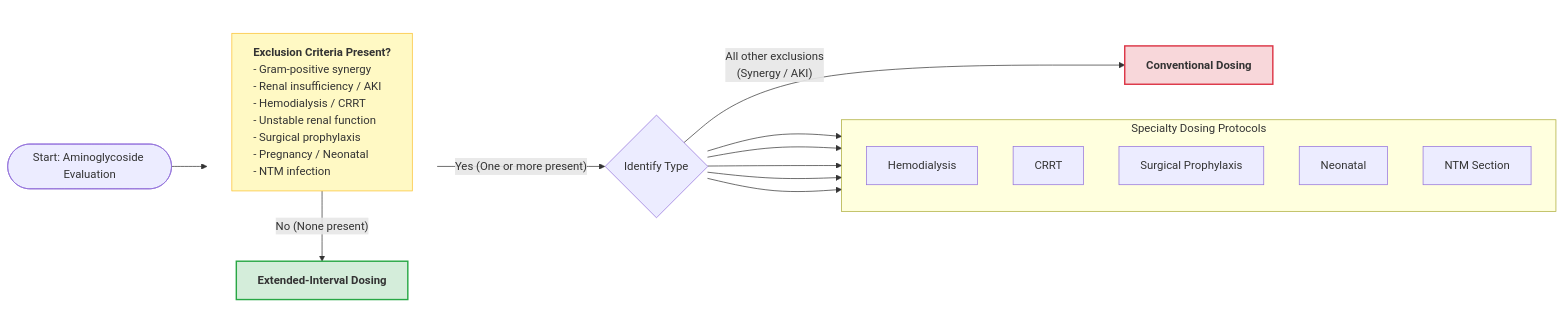
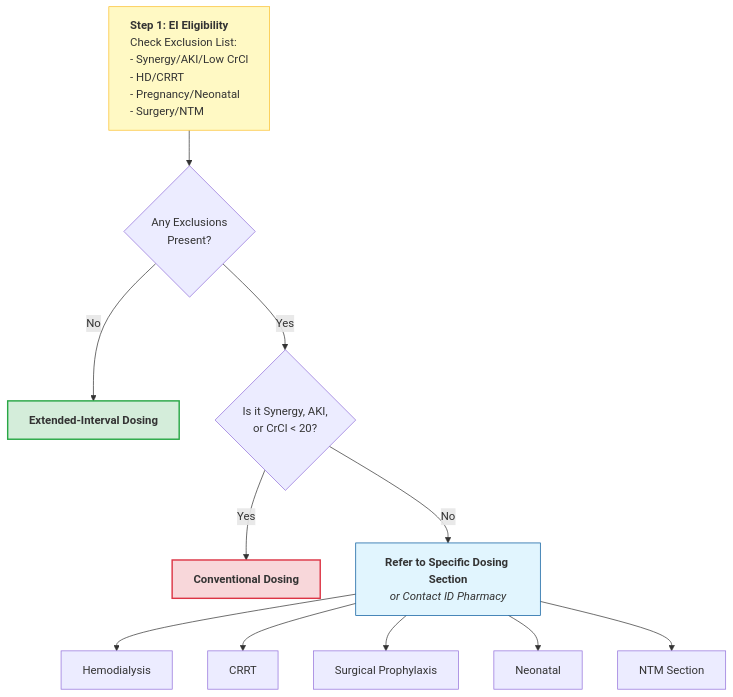
Before and after one commit to shemtsai/Aminoglycoside-Calculator: the diagram in dosing-strategy.md, drawn with Mermaid.

````diff
--- a/dosing-strategy.md
+++ b/dosing-strategy.md
@@ -38,39 +38,28 @@
 ```mermaid
-flowchart LR
-    Start([Start: Aminoglycoside Evaluation]) --> Criteria[<b>Exclusion Criteria Present?</b><br/>- Gram-positive synergy<br/>- Renal insufficiency / AKI<br/>- Hemodialysis / CRRT<br/>- Unstable renal function<br/>- Surgical prophylaxis<br/>- Pregnancy / Neonatal<br/>- NTM infection]
+flowchart TD
+    %% Step 1: Initial Screen
+    A[<b>Step 1: EI Eligibility</b><br/>Check Exclusion List:<br/>- Synergy/AKI/Low CrCl<br/>- HD/CRRT<br/>- Pregnancy/Neonatal<br/>- Surgery/NTM] --> B{Any Exclusions<br/>Present?}
+    style A fill:#fff9c4,stroke:#fbc02d,text-align:left
+
+    %% Path to EI
+    B -- No --> EI[<b>Extended-Interval Dosing</b>]
+    style EI fill:#d4edda,stroke:#28a745,stroke-width:2px
+
+    %% Step 2: The Major Exclusions
+    B -- Yes --> C{Is it Synergy, AKI,<br/>or CrCl < 20?}
     
-    style Criteria fill:#fff9c4,stroke:#fbc02d,text-align:left
+    C -- Yes --> Conv[<b>Conventional Dosing</b>]
+    style Conv fill:#f8d7da,stroke:#dc3545,stroke-width:2px
 
-    %% THE VERTICAL DROP
-    subgraph Main_Path [ ]
-        direction TB
-        Criteria
-        EI[<b>Extended-Interval Dosing</b>]
-    end
-    Criteria -- "No (None present)" --> EI
-    style EI fill:#d4edda,stroke:#28a745,stroke-width:2px
-    style Main_Path fill:none,stroke:none
+    %% Step 3: The Specialty Referrals
+    C -- No --> D[<b>Refer to Specific Dosing Section</b><br/><i>or Contact ID Pharmacy</i>]
+    style D fill:#e1f5fe,stroke:#01579b
 
-    %% THE HORIZONTAL BRANCH
-    Criteria -- "Yes (One or more present)" --> ExclusionType{Identify Type}
-
-    %% Default Path
-    ExclusionType -- "All other exclusions<br/>(Synergy / AKI)" --> F[<b>Conventional Dosing</b>]
-    style F fill:#f8d7da,stroke:#dc3545,stroke-width:2px
-
-    %% Specialty protocols branch out
-    subgraph Specialty_Protocols [Specialty Dosing Protocols]
-        direction TB
-        G[Hemodialysis]
-        H[CRRT]
-        I[Surgical Prophylaxis]
-        J[Neonatal]
-        K[NTM Section]
-    end
-
-    ExclusionType --> G
-    ExclusionType --> H
-    ExclusionType --> I
-    ExclusionType --> J
-    ExclusionType --> K
+    %% Branching out to specialty nodes for clarity
+    direction LR
+    D --> G[Hemodialysis]
+    D --> H[CRRT]
+    D --> I[Surgical Prophylaxis]
+    D --> J[Neonatal]
+    D --> K[NTM Section]
 ```
````
